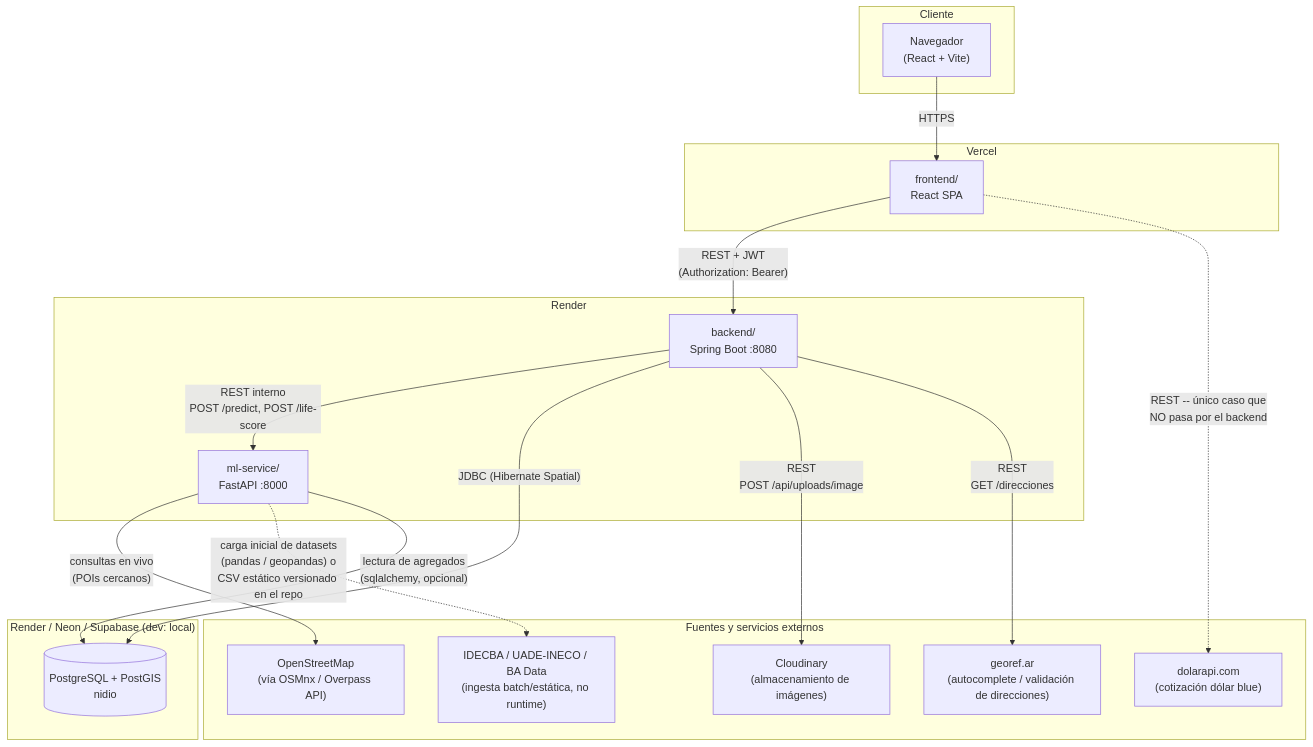
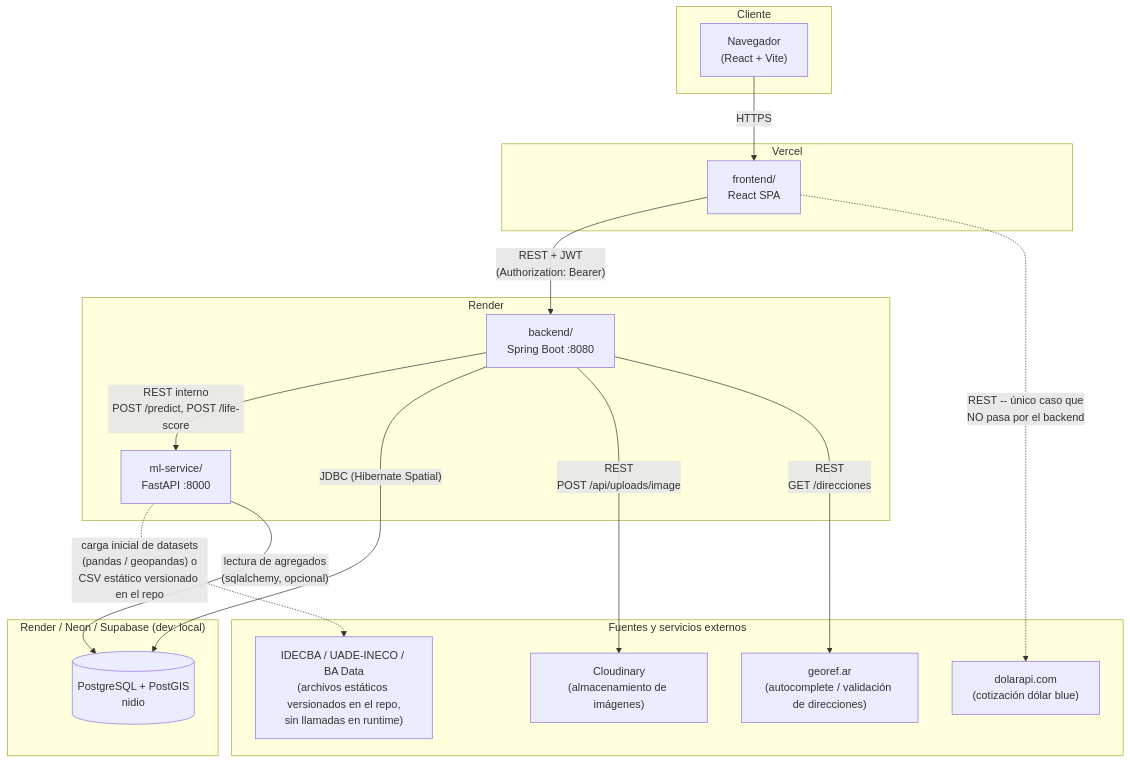
One commit to pilisuriano/NidioWebApp changed the diagram in docs/architecture/system-diagram.md. Above: the diagram before and after it, drawn with Mermaid. The commit also changed other lines of this file and 20 other files, not shown here.

````diff
--- a/docs/architecture/system-diagram.md
+++ b/docs/architecture/system-diagram.md
@@ -7,38 +7,36 @@
 ```mermaid
 flowchart TB
     subgraph client["Cliente"]
         browser["Navegador\n(React + Vite)"]
     end
 
     subgraph vercel["Vercel"]
         frontend["frontend/\nReact SPA"]
     end
 
     subgraph render["Render"]
         backend["backend/\nSpring Boot :8080"]
         mlservice["ml-service/\nFastAPI :8000"]
     end
 
     subgraph dbhost["Render / Neon / Supabase (dev: local)"]
         db[("PostgreSQL + PostGIS\nnidio")]
     end
 
     subgraph external["Fuentes y servicios externos"]
-        osm["OpenStreetMap\n(vía OSMnx / Overpass API)"]
         cloudinary["Cloudinary\n(almacenamiento de imágenes)"]
         georef["georef.ar\n(autocomplete / validación de direcciones)"]
         dolarapi["dolarapi.com\n(cotización dólar blue)"]
-        idecba["IDECBA / UADE-INECO / BA Data\n(ingesta batch/estática, no runtime)"]
+        idecba["IDECBA / UADE-INECO / BA Data\n(archivos estáticos versionados en el repo,\nsin llamadas en runtime)"]
     end
 
     browser -->|"HTTPS"| frontend
     frontend -->|"REST + JWT\n(Authorization: Bearer)"| backend
     frontend -.->|"REST -- único caso que\nNO pasa por el backend"| dolarapi
     backend -->|"REST interno\nPOST /predict, POST /life-score"| mlservice
     backend -->|"JDBC (Hibernate Spatial)"| db
     backend -->|"REST\nPOST /api/uploads/image"| cloudinary
     backend -->|"REST\nGET /direcciones"| georef
-    mlservice -->|"consultas en vivo\n(POIs cercanos)"| osm
     mlservice -.->|"carga inicial de datasets\n(pandas / geopandas) o\nCSV estático versionado en el repo"| idecba
     mlservice -->|"lectura de agregados\n(sqlalchemy, opcional)"| db
 ```
````
